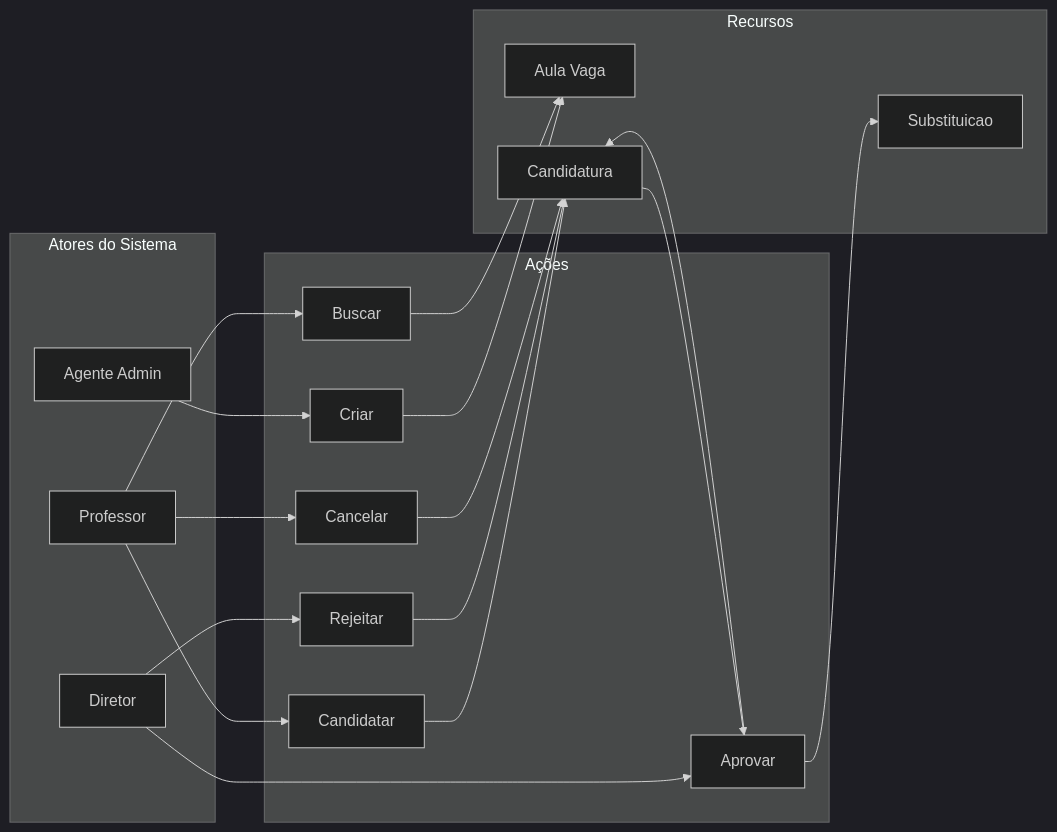
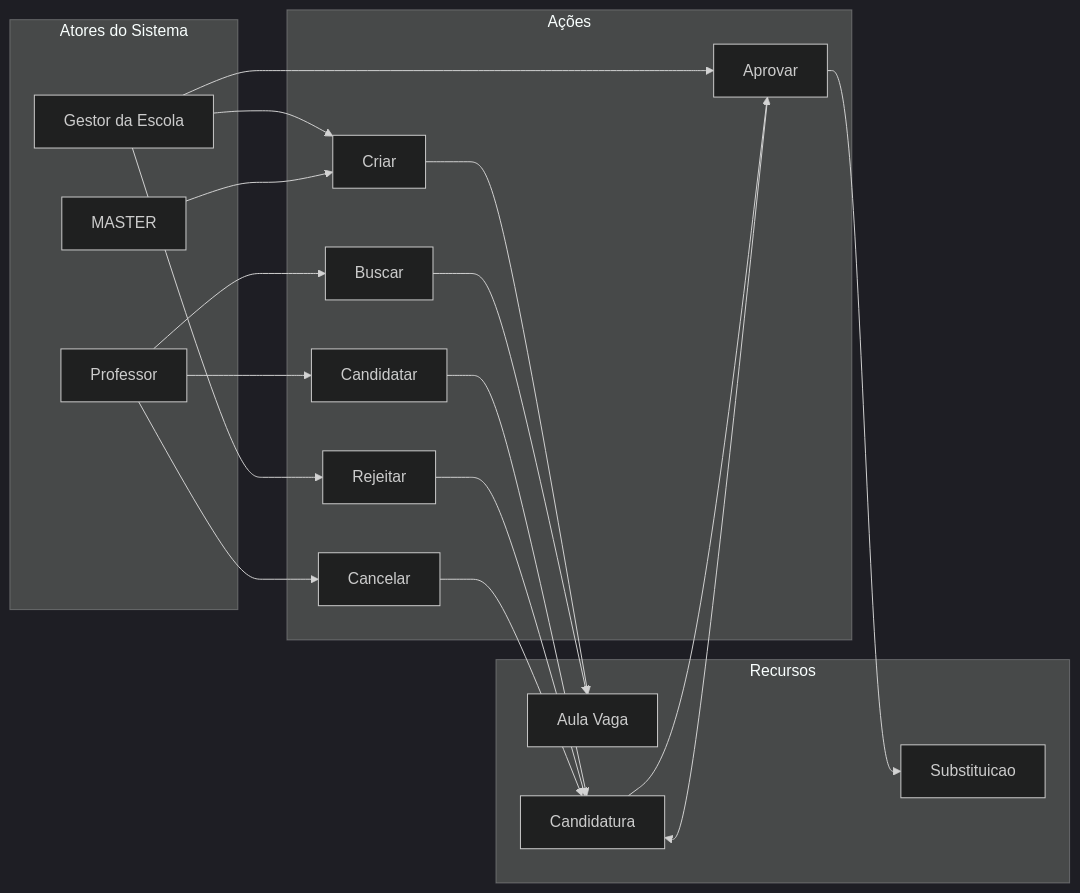
Before and after one commit to TROCA-AULA/troca-aula-backend: the first of 14 diagrams in docs/07-fluxos-negocio.md, drawn with Mermaid (dark theme). The commit also changed other lines of this file and 9 other files, not shown here.

````diff
--- a/docs/07-fluxos-negocio.md
+++ b/docs/07-fluxos-negocio.md
@@ -5,32 +14,33 @@
 ```mermaid
 graph LR
     subgraph "Atores do Sistema"
         P[Professor]
-        AA[Agente Admin]
-        D[Diretor]
+        G[Gestor da Escola]
+        M[MASTER]
     end
     
     subgraph "Recursos"
         AV[Aula Vaga]
         C[Candidatura]
         S[Substituicao]
     end
     
     subgraph "Ações"
         CRIAR[Criar]
         BUSCAR[Buscar]
         CANDIDATAR[Candidatar]
         APPROVAR[Aprovar]
         REJEITAR[Rejeitar]
         CANCELAR[Cancelar]
     end
     
     %% Fluxos passando pelas ações
-    AA --> CRIAR --> AV
+    G --> CRIAR --> AV
+    M --> CRIAR
     P --> BUSCAR --> AV
     P --> CANDIDATAR --> C
-    D --> APPROVAR --> C
-    D --> REJEITAR --> C
+    G --> APPROVAR --> C
+    G --> REJEITAR --> C
     P --> CANCELAR --> C
     C --> APPROVAR --> S
 ```
````
